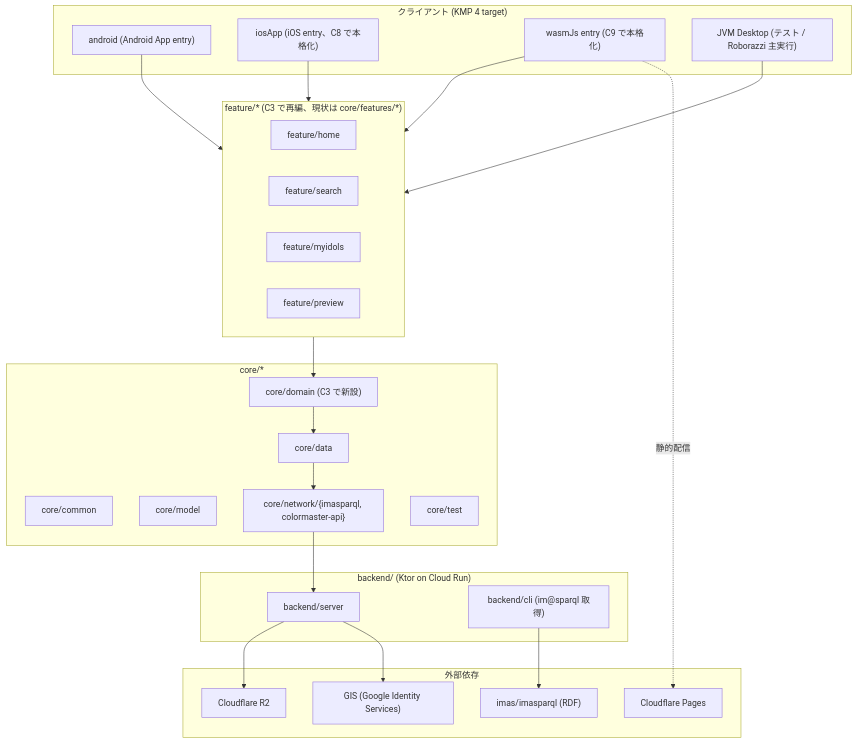
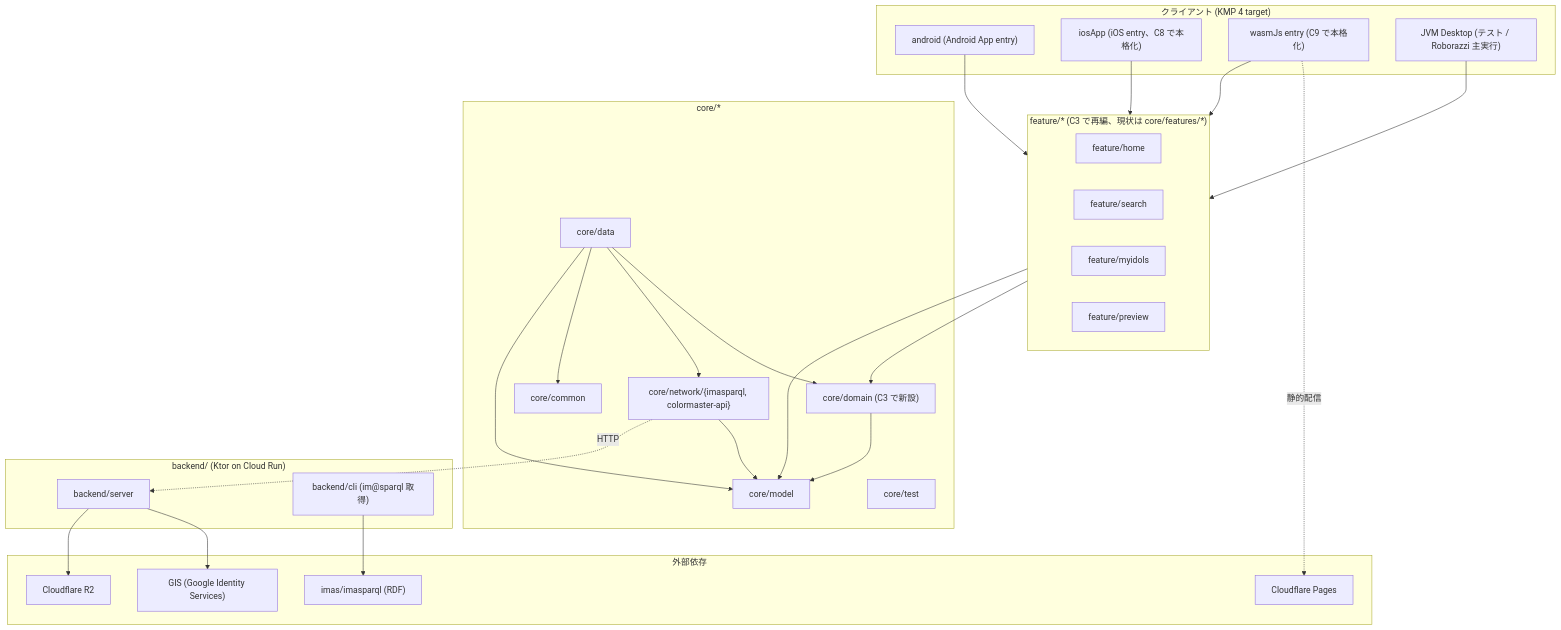
One commit to subroh0508/colormaster changed the diagram in docs/architecture/overview.md. Above: the diagram before and after it, drawn with Mermaid. The commit also changed other lines of this file and 2 other files, not shown here.

First paragraph of the commit message:
fix(docs/architecture): code-reviewer Critical 4 件反映
code-reviewer architecture aspect が指摘した Critical 4 件を反映:

````diff
--- a/docs/architecture/overview.md
+++ b/docs/architecture/overview.md
@@ -46,50 +46,55 @@
 ```mermaid
 graph TD
     subgraph Client["クライアント (KMP 4 target)"]
         Android["android (Android App entry)"]
         iOS["iosApp (iOS entry、C8 で本格化)"]
         Wasm["wasmJs entry (C9 で本格化)"]
         Desktop["JVM Desktop (テスト / Roborazzi 主実行)"]
     end
 
     subgraph Feature["feature/* (C3 で再編、現状は core/features/*)"]
         FHome["feature/home"]
         FSearch["feature/search"]
         FMyIdols["feature/myidols"]
         FPreview["feature/preview"]
     end
 
     subgraph Core["core/*"]
         CCommon["core/common"]
         CModel["core/model"]
         CDomain["core/domain (C3 で新設)"]
         CData["core/data"]
         CNetwork["core/network/{imasparql, colormaster-api}"]
         CTest["core/test"]
     end
 
     subgraph Backend["backend/ (Ktor on Cloud Run)"]
         BServer["backend/server"]
         BCli["backend/cli (im@sparql 取得)"]
     end
 
     subgraph External["外部依存"]
         GIS["GIS (Google Identity Services)"]
         IMSparql["imas/imasparql (RDF)"]
         R2["Cloudflare R2"]
         CFPages["Cloudflare Pages"]
     end
 
     Android --> Feature
     iOS --> Feature
     Wasm --> Feature
     Desktop --> Feature
     Feature --> CDomain
-    CDomain --> CData
+    Feature --> CModel
+    CData --> CDomain
     CData --> CNetwork
-    CNetwork --> BServer
+    CData --> CCommon
+    CData --> CModel
+    CDomain --> CModel
+    CNetwork --> CModel
+    CNetwork -.HTTP.-> BServer
     BServer --> GIS
     BServer --> R2
     BCli --> IMSparql
     Wasm -.静的配信.-> CFPages
 ```
````
